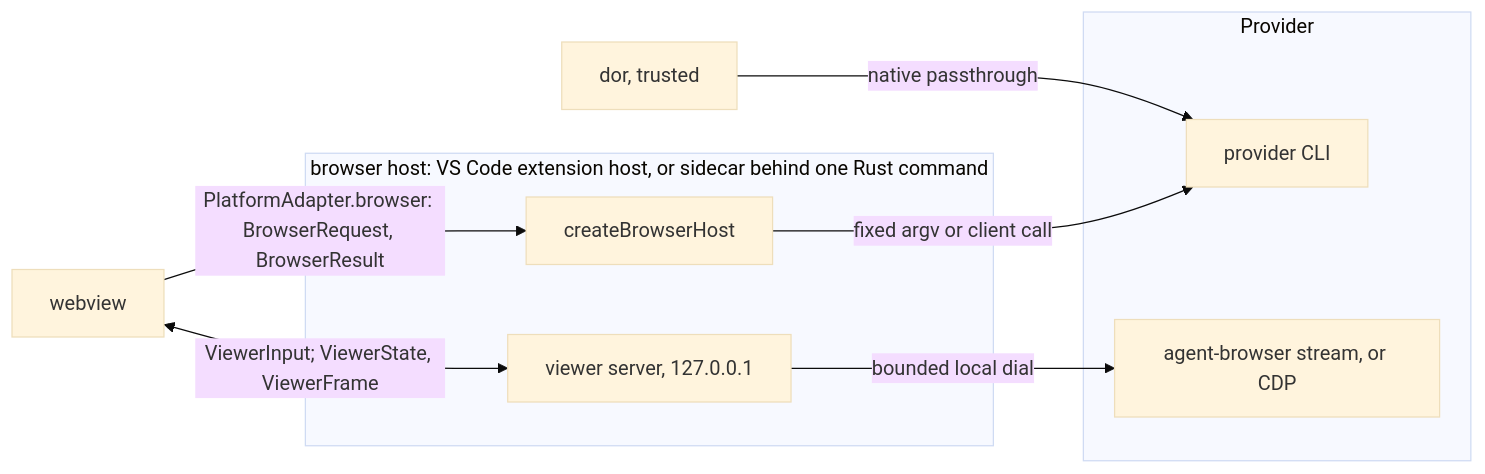
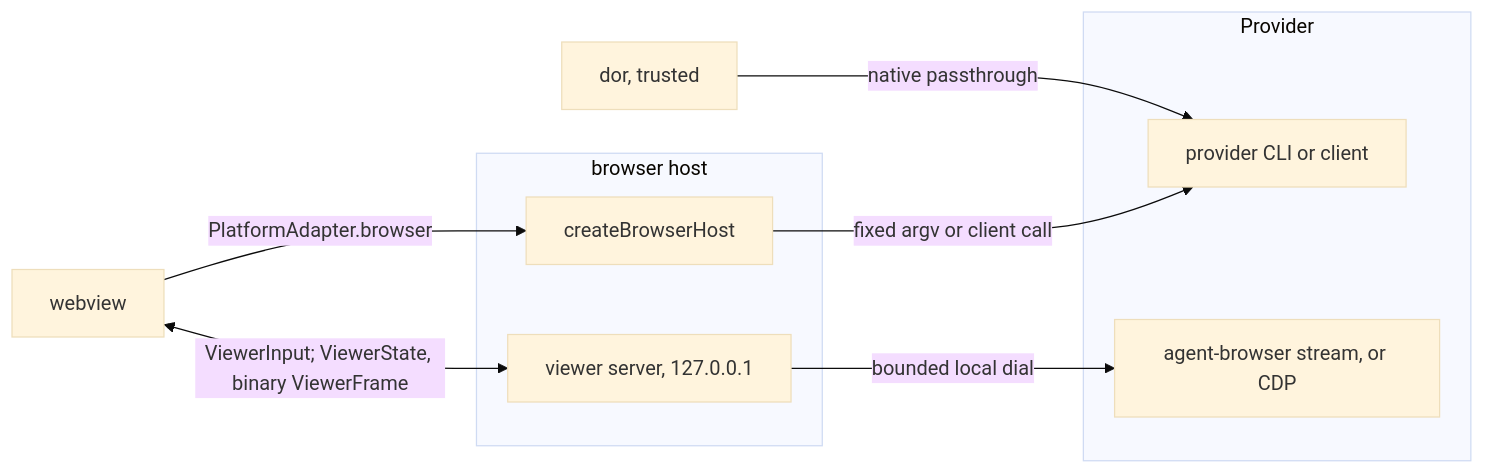
One commit to diffplug/dormouse changed the second of 2 diagrams in docs/specs/dor-browser.md. Above: the diagram before and after it, drawn with Mermaid (base theme). The commit also changed other lines of this file and 1 other file, not shown here.

Commit message:
dor-browser: review fixes to the request and viewer channel diagram
Fixes eee5a7c0f:
- Shorten the ~70-char subgraph title to "browser host" and restore the
  removed Browser Host sentence on where each host runs it (still true:
  vscode-ext agent-browser-host.ts, sidecar main.js + Rust browser_request).
- "provider CLI or client" (Playwright goes over CDP); "binary
  ViewerFrame".
- Drop BrowserRequest/BrowserResult from the edge label; Browser Host prose
  owns them.

Budget 6600 -> 6650: restoring the sentence leaves the spec at 6611 words
and nothing nearby could be cut without dropping a rule.

````diff
--- a/docs/specs/dor-browser.md
+++ b/docs/specs/dor-browser.md
@@ -259,17 +259,17 @@
 ```mermaid
 flowchart LR
   C[webview]
-  subgraph Host[browser host: VS Code extension host, or sidecar behind one Rust command]
+  subgraph Host[browser host]
     BH[createBrowserHost]
     VS[viewer server, 127.0.0.1]
   end
   subgraph Provider
-    CLI[provider CLI]
+    CLI[provider CLI or client]
     UP[agent-browser stream, or CDP]
   end
   DOR[dor, trusted] -- native passthrough --> CLI
-  C -- "PlatformAdapter.browser: BrowserRequest, BrowserResult" --> BH
-  C <-- "ViewerInput; ViewerState, ViewerFrame" --> VS
+  C -- PlatformAdapter.browser --> BH
+  C <-- "ViewerInput; ViewerState, binary ViewerFrame" --> VS
   BH -- fixed argv or client call --> CLI
   VS -- bounded local dial --> UP
 ```
````
